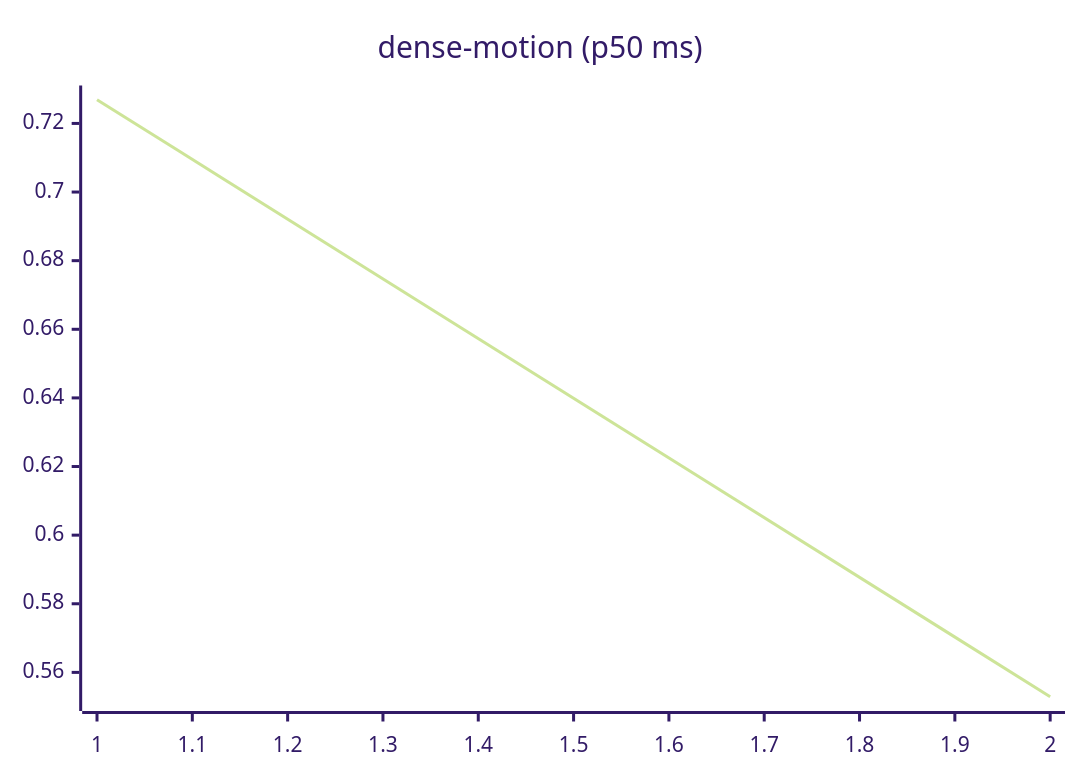
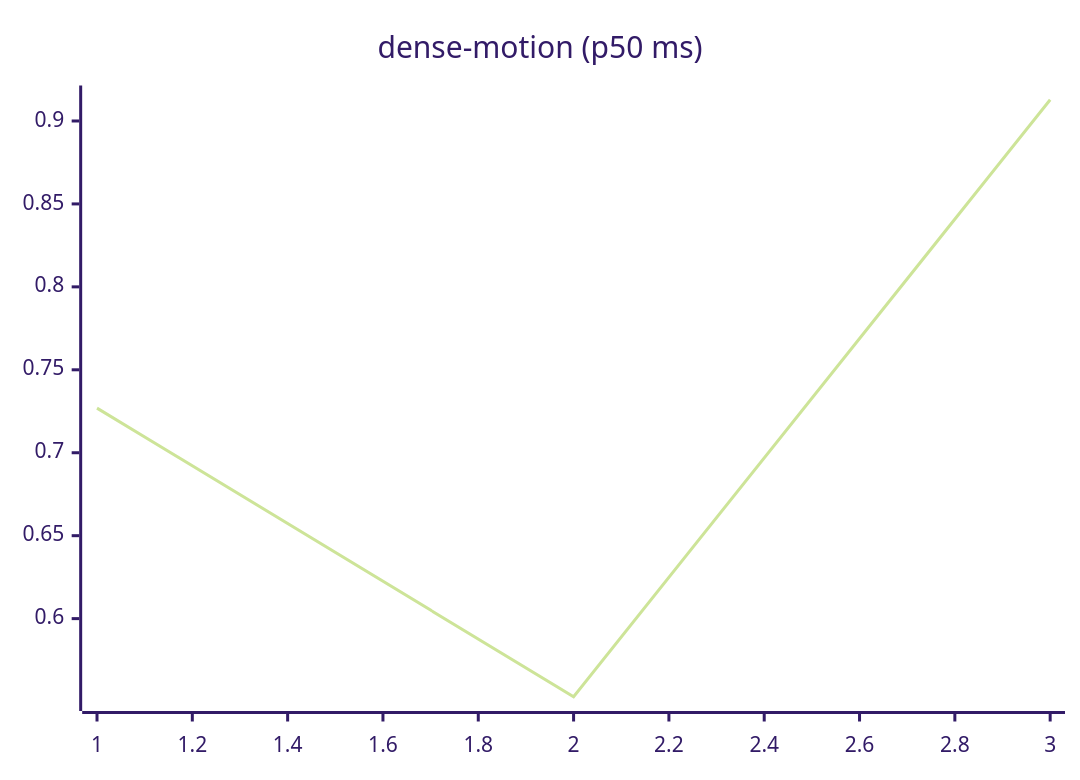
One commit to josha/Facet changed the ninth of 27 diagrams in README.md. Above: the diagram before and after it, drawn with Mermaid (forest theme). The commit also changed other lines of this file and 2 other files, not shown here.

````diff
--- a/README.md
+++ b/README.md
@@ -119,6 +119,6 @@
 ```mermaid
 xychart-beta
     title "dense-motion (p50 ms)"
-    x-axis 1 --> 2
-    line [0.7269, 0.5529]
+    x-axis 1 --> 3
+    line [0.7269, 0.5529, 0.9128]
 ```
````
